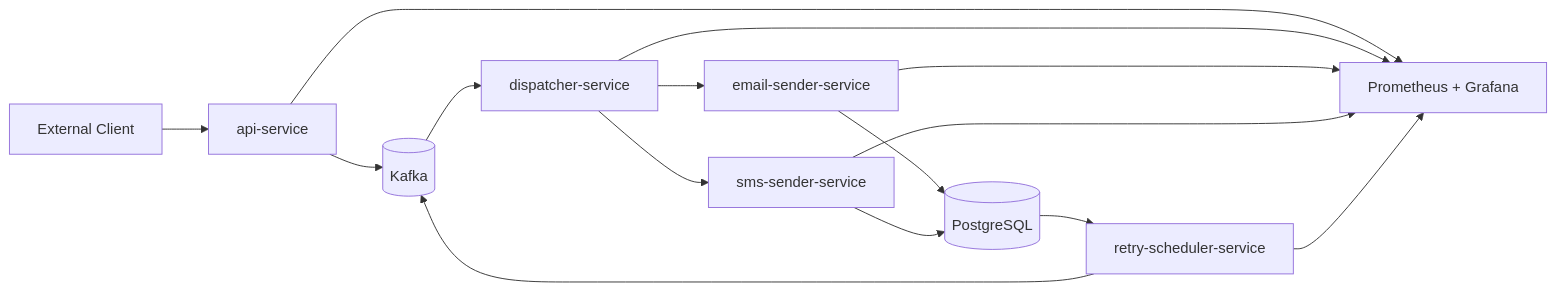
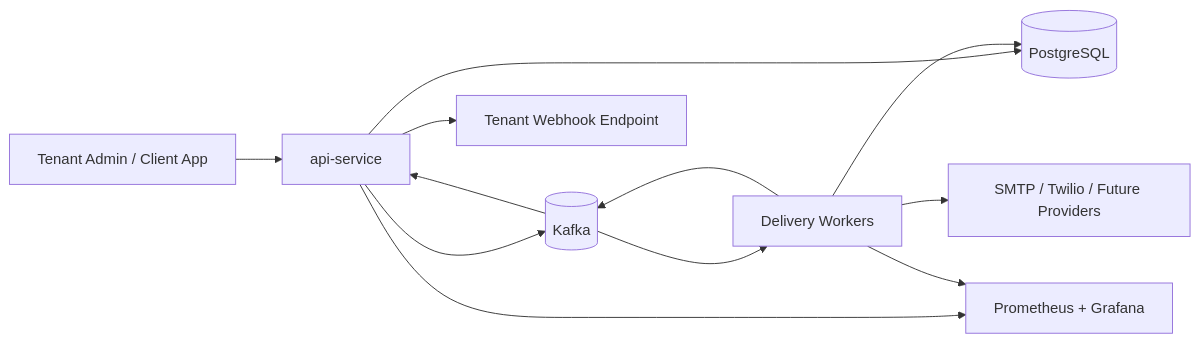
The first of 3 diagrams in docs/HLD.md (abhishekwork07/NotiX--Notification-Delivery-Service), drawn with Mermaid before and after one commit. The commit also changed other lines of this file and 9 other files, not shown here.

First line of the commit message:
docs: document v2 SaaS architecture

````diff
--- a/docs/HLD.md
+++ b/docs/HLD.md
@@ -39,27 +45,23 @@
 ```mermaid
 flowchart LR
-    client["External Client"]
+    tenant["Tenant Admin / Client App"]
     api["api-service"]
     kafka[("Kafka")]
-    dispatcher["dispatcher-service"]
-    email["email-sender-service"]
-    sms["sms-sender-service"]
-    retry["retry-scheduler-service"]
+    delivery["Delivery Workers"]
     db[("PostgreSQL")]
+    provider["SMTP / Twilio / Future Providers"]
+    webhook["Tenant Webhook Endpoint"]
     obs["Prometheus + Grafana"]
 
-    client --> api
+    tenant --> api
     api --> kafka
-    kafka --> dispatcher
-    dispatcher --> email
-    dispatcher --> sms
-    email --> db
-    sms --> db
-    db --> retry
-    retry --> kafka
+    api --> db
+    kafka --> delivery
+    delivery --> provider
+    delivery --> db
+    delivery --> kafka
+    kafka --> api
+    api --> webhook
     api --> obs
-    dispatcher --> obs
-    email --> obs
-    sms --> obs
-    retry --> obs
+    delivery --> obs
 ```
````
